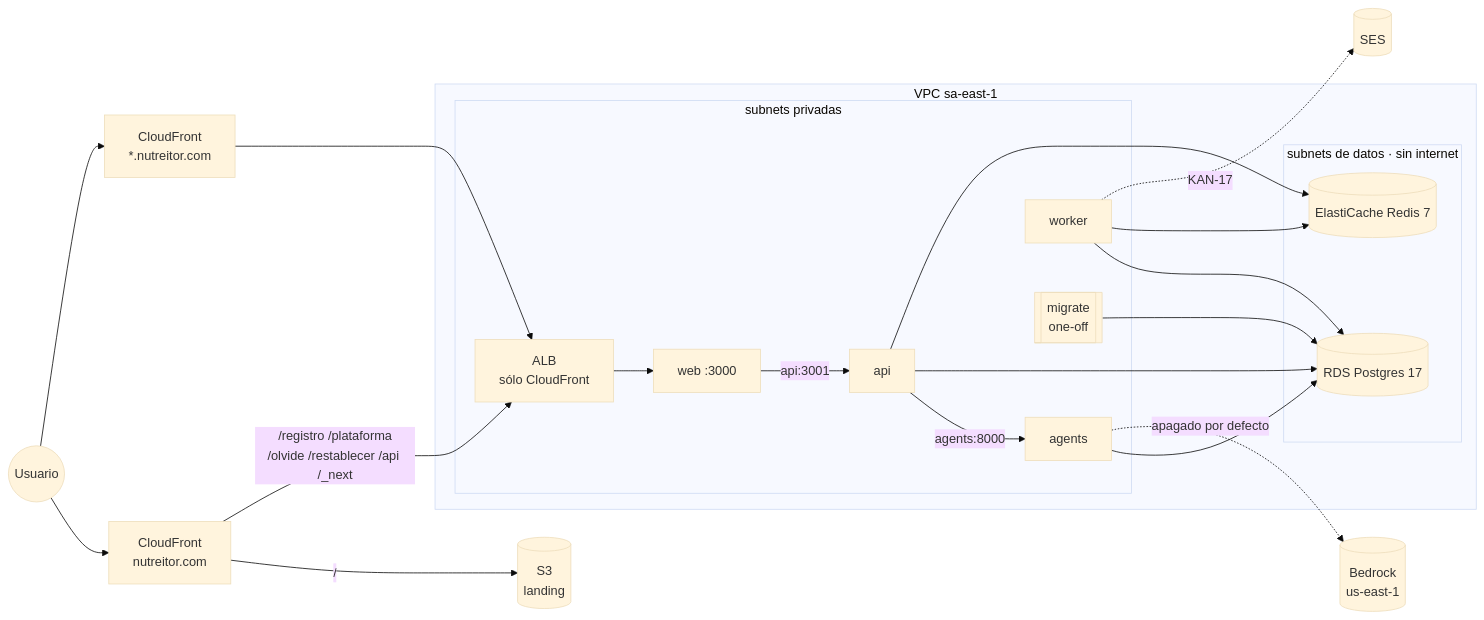
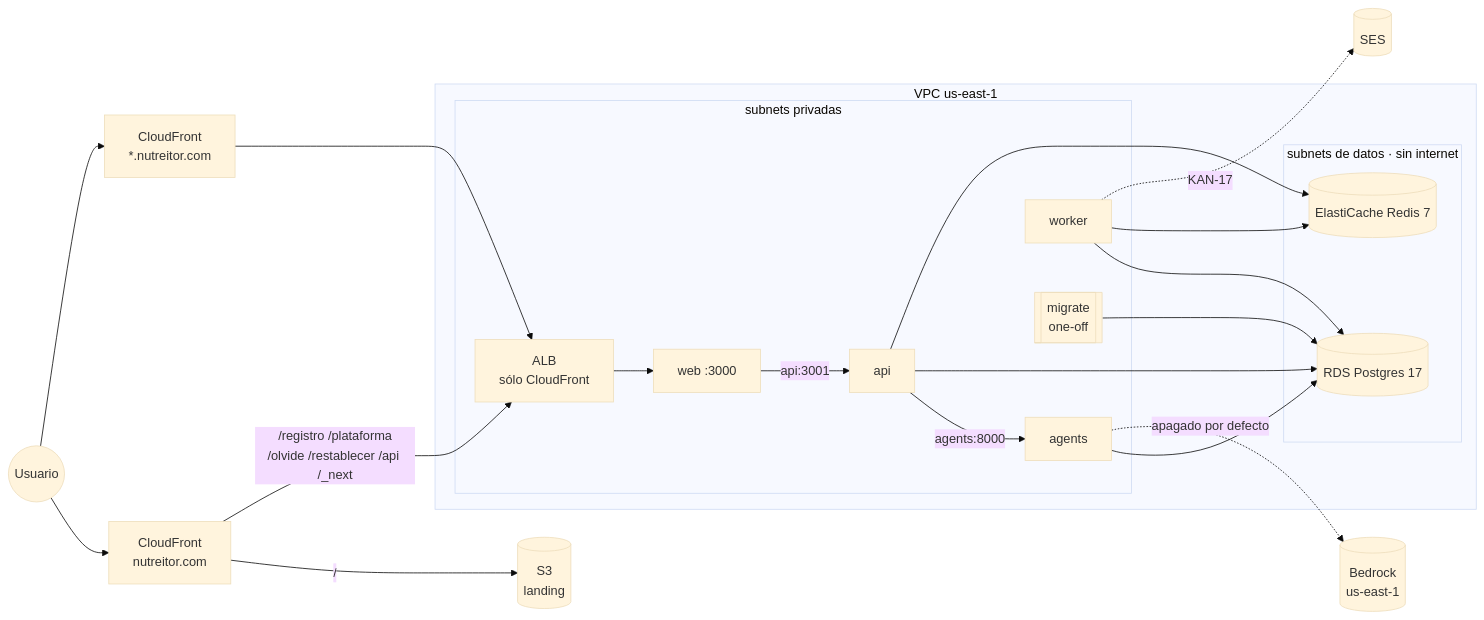
The first of 2 diagrams in docs/architecture/infraestructura-aws.md (nebu-fhnatiuk/nutreitor), drawn with Mermaid (base theme) before and after one commit. The commit also changed other lines of this file and 16 other files, not shown here.

````diff
--- a/docs/architecture/infraestructura-aws.md
+++ b/docs/architecture/infraestructura-aws.md
@@ -31,27 +30,27 @@
 ```mermaid
 flowchart LR
   user((Usuario)) --> cf1[CloudFront<br/>nutreitor.com]
   user --> cf2[CloudFront<br/>*.nutreitor.com]
   cf1 -->|/| s3[(S3<br/>landing)]
   cf1 -->|/registro /plataforma<br/>/olvide /restablecer /api /_next| alb
   cf2 --> alb[ALB<br/>sólo CloudFront]
-  subgraph vpc [VPC sa-east-1]
+  subgraph vpc [VPC us-east-1]
     subgraph priv [subnets privadas]
       alb --> web[web :3000]
       web -->|api:3001| api[api]
       api -->|agents:8000| agents[agents]
       worker[worker]
       migrate[[migrate<br/>one-off]]
     end
     subgraph data [subnets de datos · sin internet]
       rds[(RDS Postgres 17)]
       redis[(ElastiCache Redis 7)]
     end
   end
   api --> rds & redis
   worker --> rds & redis
   agents --> rds
   migrate --> rds
   agents -.->|apagado por defecto| bedrock[(Bedrock<br/>us-east-1)]
   worker -.->|KAN-17| ses[(SES)]
 ```
````
